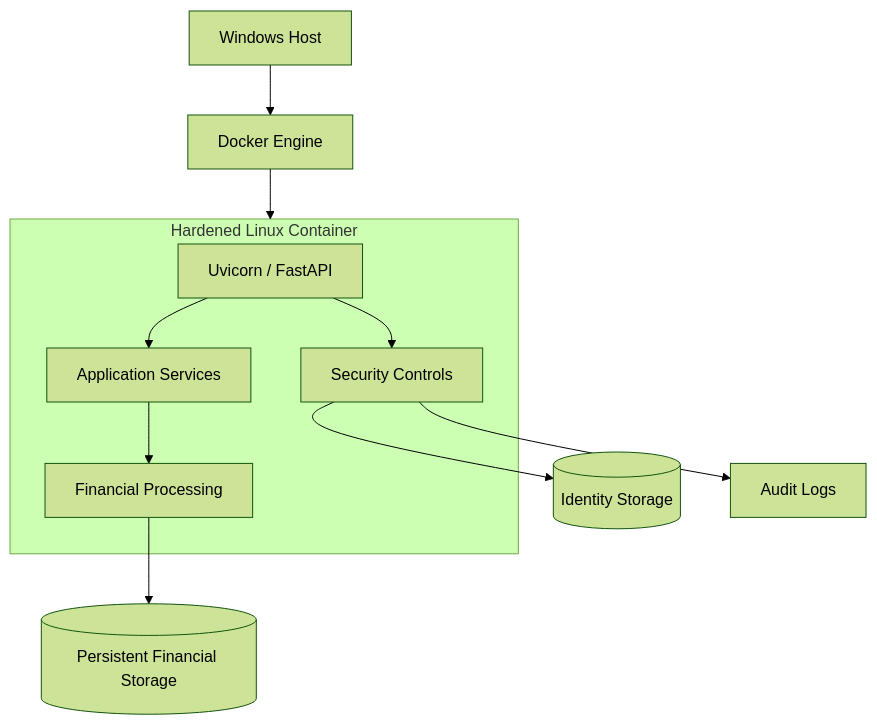
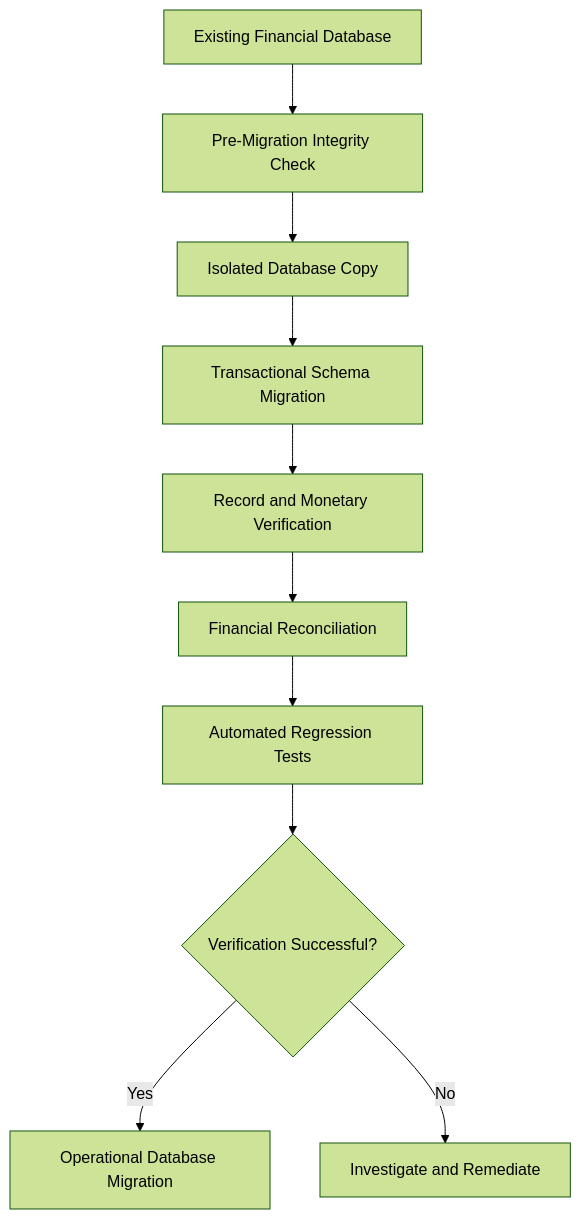
One commit to CS0NG0RM/systems-infrastructure-engineering changed the first of 2 diagrams in docs/reliability.md. Above: the diagram before and after it, drawn with Mermaid (forest theme). The commit also changed other lines of this file, not shown here.

````diff
--- a/docs/reliability.md
+++ b/docs/reliability.md
@@ -17,19 +33,12 @@
 ```mermaid
 flowchart TD
-    A[Windows Host] --> B[Docker Engine]
-    B --> C
-
-    subgraph C[Hardened Linux Container]
-        D[Uvicorn / FastAPI]
-        E[Application Services]
-        F[Security Controls]
-        G[Financial Processing]
-        D --> E
-        D --> F
-        E --> G
-    end
-
-    G --> H[(Persistent Financial Storage)]
-    F --> I[(Identity Storage)]
-    F --> J[Audit Logs]
+    A[Existing Financial Database] --> B[Pre-Migration Integrity Check]
+    B --> C[Isolated Database Copy]
+    C --> D[Transactional Schema Migration]
+    D --> E[Record and Monetary Verification]
+    E --> F[Financial Reconciliation]
+    F --> G[Automated Regression Tests]
+    G --> H{Verification Successful?}
+    H -->|Yes| I[Operational Database Migration]
+    H -->|No| J[Investigate and Remediate]
 ```
````
